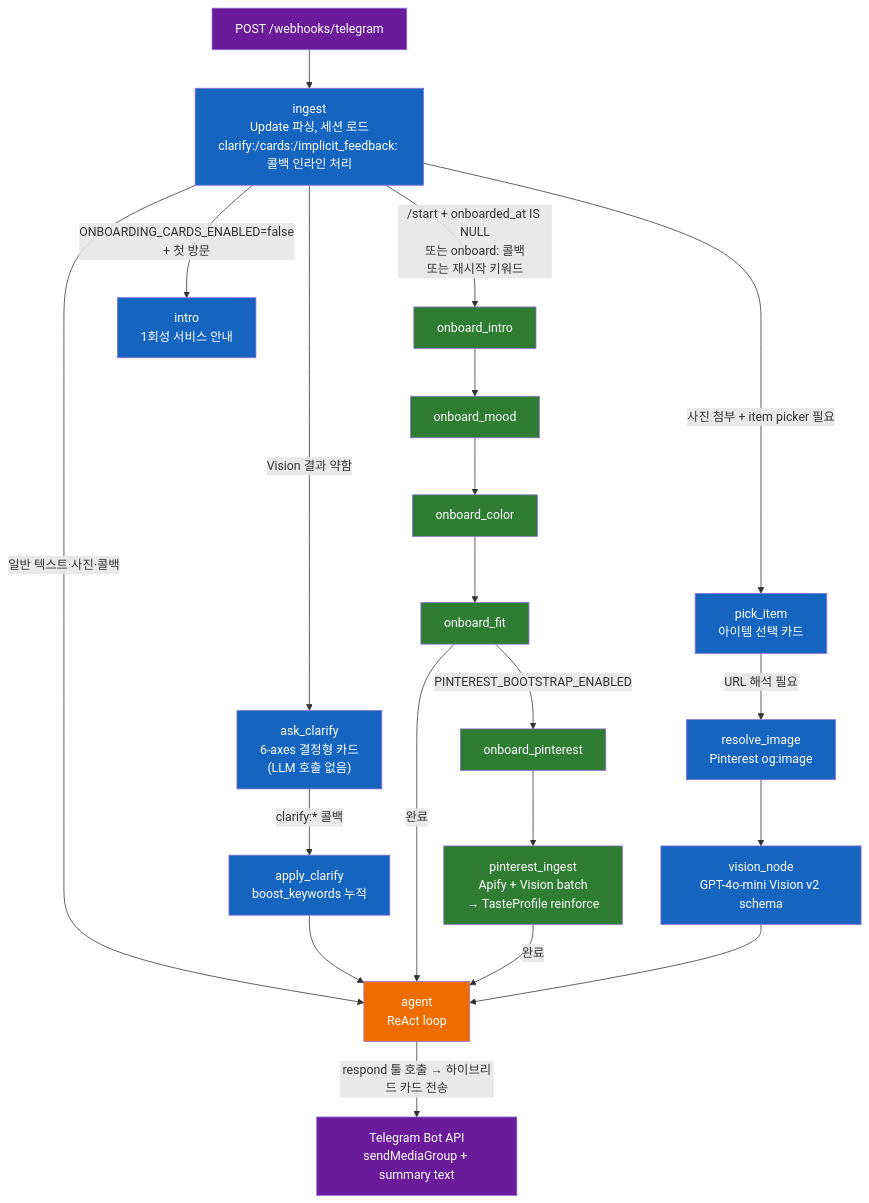
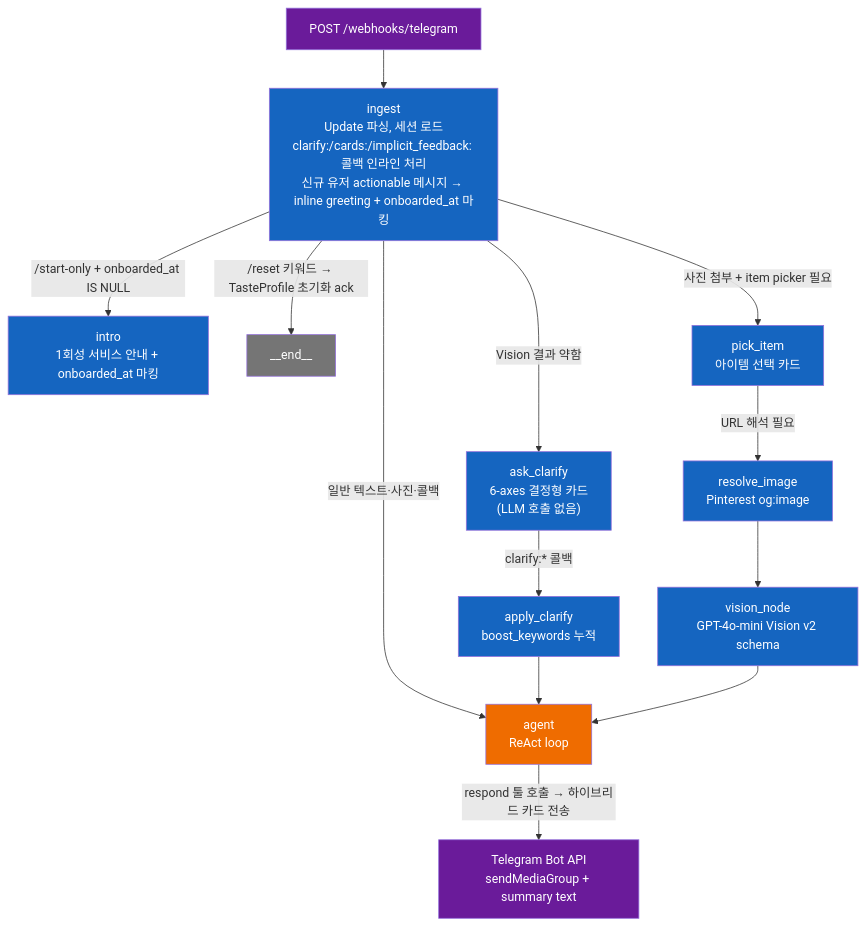
One commit to endurance-ai/ai-server changed the second of 5 diagrams in docs/ARCHITECTURE.md. Above: the diagram before and after it, drawn with Mermaid. The commit also changed other lines of this file and 2 other files, not shown here.

First line of the commit message:
docs(SPEC-ONBOARD-LITE-001): ARCHITECTURE / deployment 토폴로지 갱신 + SPEC status implemented

````diff
--- a/docs/ARCHITECTURE.md
+++ b/docs/ARCHITECTURE.md
@@ -101,34 +99,29 @@
 ```mermaid
 flowchart TD
-    WH["POST /webhooks/telegram"] --> INGEST["ingest\nUpdate 파싱, 세션 로드\nclarify:/cards:/implicit_feedback: 콜백 인라인 처리"]
+    WH["POST /webhooks/telegram"] --> INGEST["ingest\nUpdate 파싱, 세션 로드\nclarify:/cards:/implicit_feedback: 콜백 인라인 처리\n신규 유저 actionable 메시지 → inline greeting + onboarded_at 마킹"]
 
-    INGEST -->|"/start + onboarded_at IS NULL\n또는 onboard: 콜백\n또는 재시작 키워드"| OB_INTRO["onboard_intro"]
-    INGEST -->|"ONBOARDING_CARDS_ENABLED=false\n+ 첫 방문"| INTRO["intro\n1회성 서비스 안내"]
+    INGEST -->|"/start-only + onboarded_at IS NULL"| INTRO["intro\n1회성 서비스 안내 + onboarded_at 마킹"]
+    INGEST -->|"/reset 키워드 → TasteProfile 초기화 ack"| END_TURN["__end__"]
     INGEST -->|"사진 첨부 + item picker 필요"| PICK["pick_item\n아이템 선택 카드"]
     INGEST -->|"Vision 결과 약함"| CLARIFY["ask_clarify\n6-axes 결정형 카드\n(LLM 호출 없음)"]
     INGEST -->|"일반 텍스트·사진·콜백"| AGENT["agent\nReAct loop"]
 
     CLARIFY -->|"clarify:* 콜백"| APPLY["apply_clarify\nboost_keywords 누적"]
     APPLY --> AGENT
-
-    OB_INTRO --> OB_MOOD["onboard_mood"] --> OB_COLOR["onboard_color"] --> OB_FIT["onboard_fit"]
-    OB_FIT -->|"PINTEREST_BOOTSTRAP_ENABLED"| OB_PIN["onboard_pinterest"]
-    OB_PIN --> PIN_ING["pinterest_ingest\nApify + Vision batch\n→ TasteProfile reinforce"]
-    OB_FIT & PIN_ING -->|"완료"| AGENT
 
     PICK -->|"URL 해석 필요"| RESOLVE["resolve_image\nPinterest og:image"]
     RESOLVE --> VISION["vision_node\nGPT-4o-mini Vision v2 schema"]
     VISION --> AGENT
 
     AGENT -->|"respond 툴 호출 → 하이브리드 카드 전송"| TG["Telegram Bot API\nsendMediaGroup + summary text"]
 
     classDef node fill:#1565c0,color:#fff
-    classDef onboard fill:#2e7d32,color:#fff
     classDef agent fill:#ef6c00,color:#fff
     classDef ext fill:#6a1b9a,color:#fff
+    classDef term fill:#757575,color:#fff
 
     class INGEST,PICK,RESOLVE,VISION,CLARIFY,APPLY,INTRO node
-    class OB_INTRO,OB_MOOD,OB_COLOR,OB_FIT,OB_PIN,PIN_ING onboard
     class AGENT agent
     class TG,WH ext
+    class END_TURN term
 ```
````
